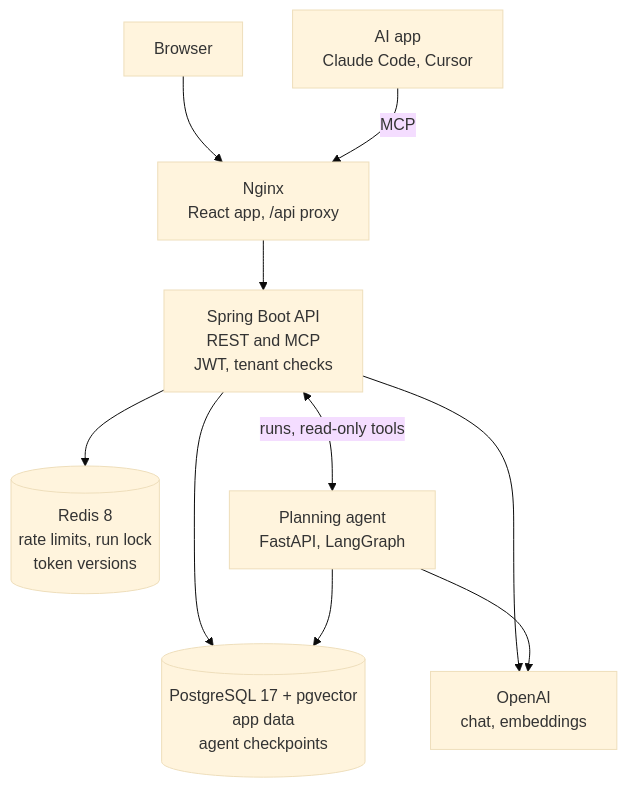
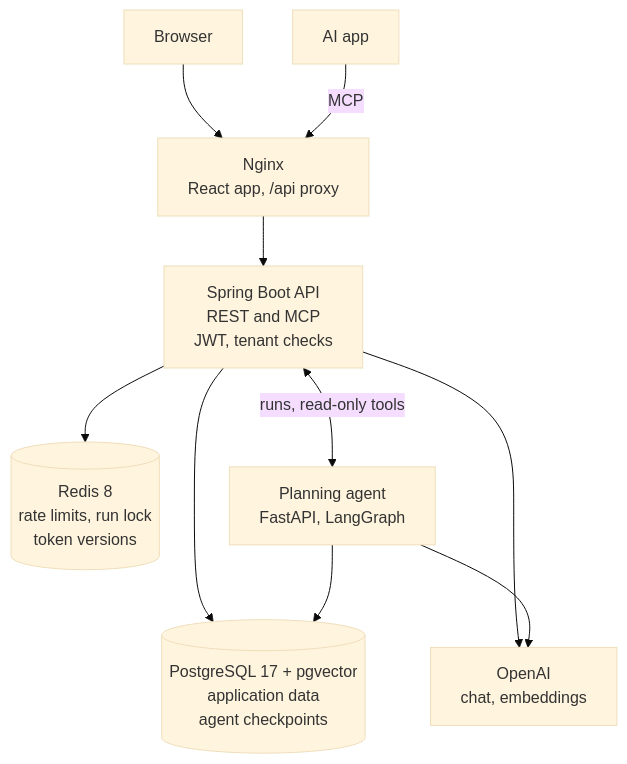
Before and after one commit to vokyo/FlowAi: the diagram in README.md, drawn with Mermaid (base theme). The commit also changed other lines of this file and 1 other file, not shown here.

First line of the commit message:
docs: give the planning agent a README of its own

````diff
--- a/README.md
+++ b/README.md
@@ -95,21 +113,21 @@
 ```mermaid
 flowchart TB
     Browser["Browser"]
-    AiApp["AI app<br/>Claude Code, Cursor"]
+    AiApp["AI app"]
     Nginx["Nginx<br/>React app, /api proxy"]
     API["Spring Boot API<br/>REST and MCP<br/>JWT, tenant checks"]
     Redis[("Redis 8<br/>rate limits, run lock<br/>token versions")]
     Agent["Planning agent<br/>FastAPI, LangGraph"]
-    DB[("PostgreSQL 17 + pgvector<br/>app data<br/>agent checkpoints")]
+    DB[("PostgreSQL 17 + pgvector<br/>application data<br/>agent checkpoints")]
     OpenAI["OpenAI<br/>chat, embeddings"]
 
     Browser --> Nginx
     AiApp -->|MCP| Nginx
     Nginx --> API
     API --> Redis
     API <-->|"runs, read-only tools"| Agent
     API --> DB
     API --> OpenAI
     Agent --> DB
     Agent --> OpenAI
 ```
````
